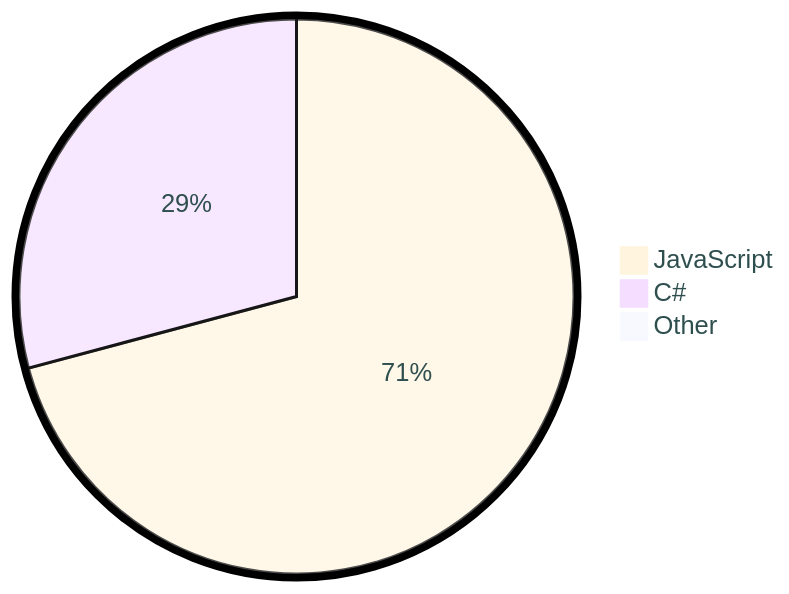
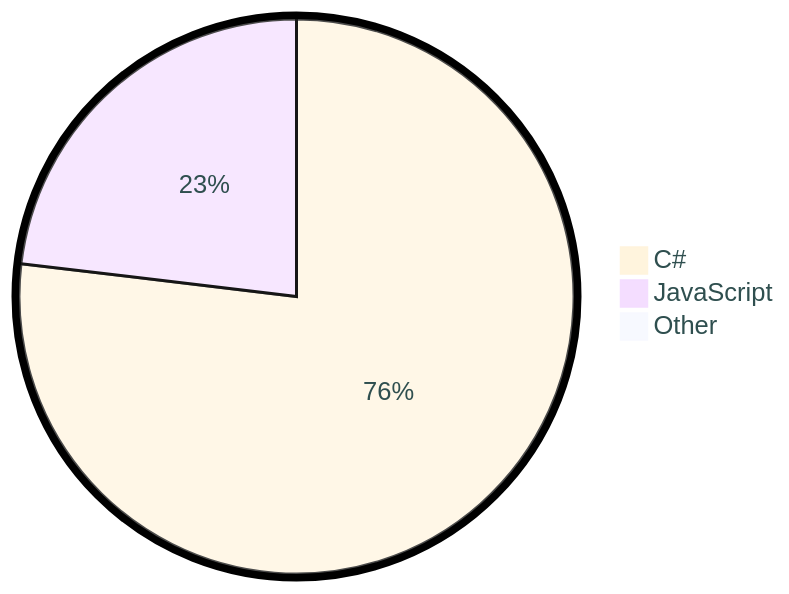
One commit to tot0p/tot0p changed the diagram in README.md. Above: the diagram before and after it, drawn with Mermaid. The commit also changed other lines of this file, not shown here.

````diff
--- a/README.md
+++ b/README.md
@@ -70,7 +70,7 @@
 ```mermaid
 %%{init: {"pie": {"textPosition": 0.5}, "themeVariables": {"pieOuterStrokeWidth": "5px","primaryTextColor" : "#2F4F4F"},"theme":"base"} }%%
 pie
-	"JavaScript": 70.62
-	"C#": 29.06
-	"Other": 0.32
+	"C#": 76.32
+	"JavaScript": 22.94
+	"Other": 0.74
 ```
````
